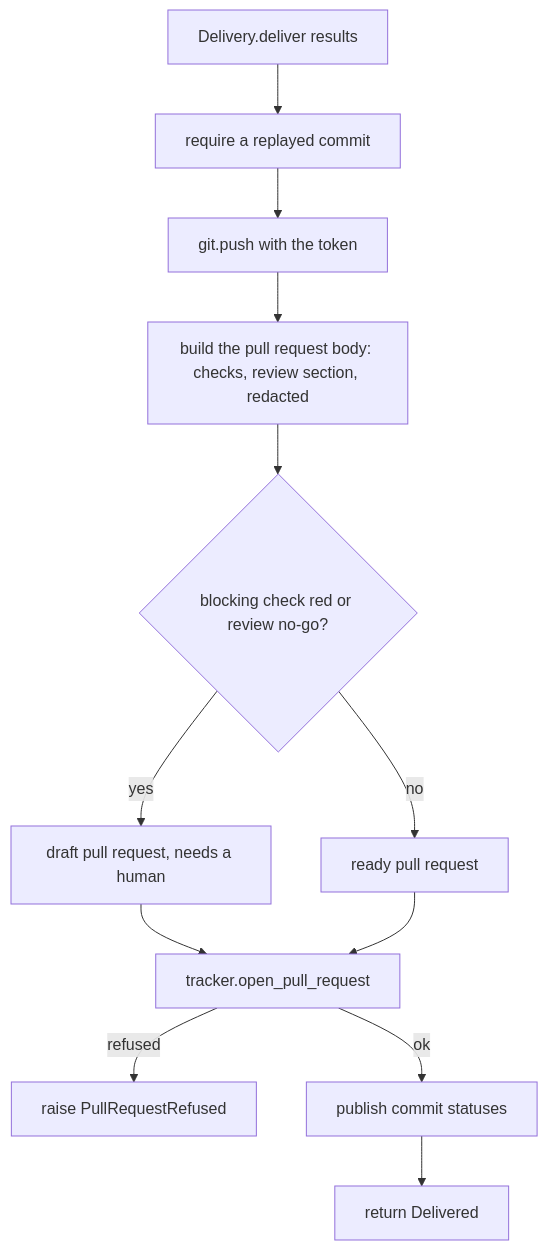
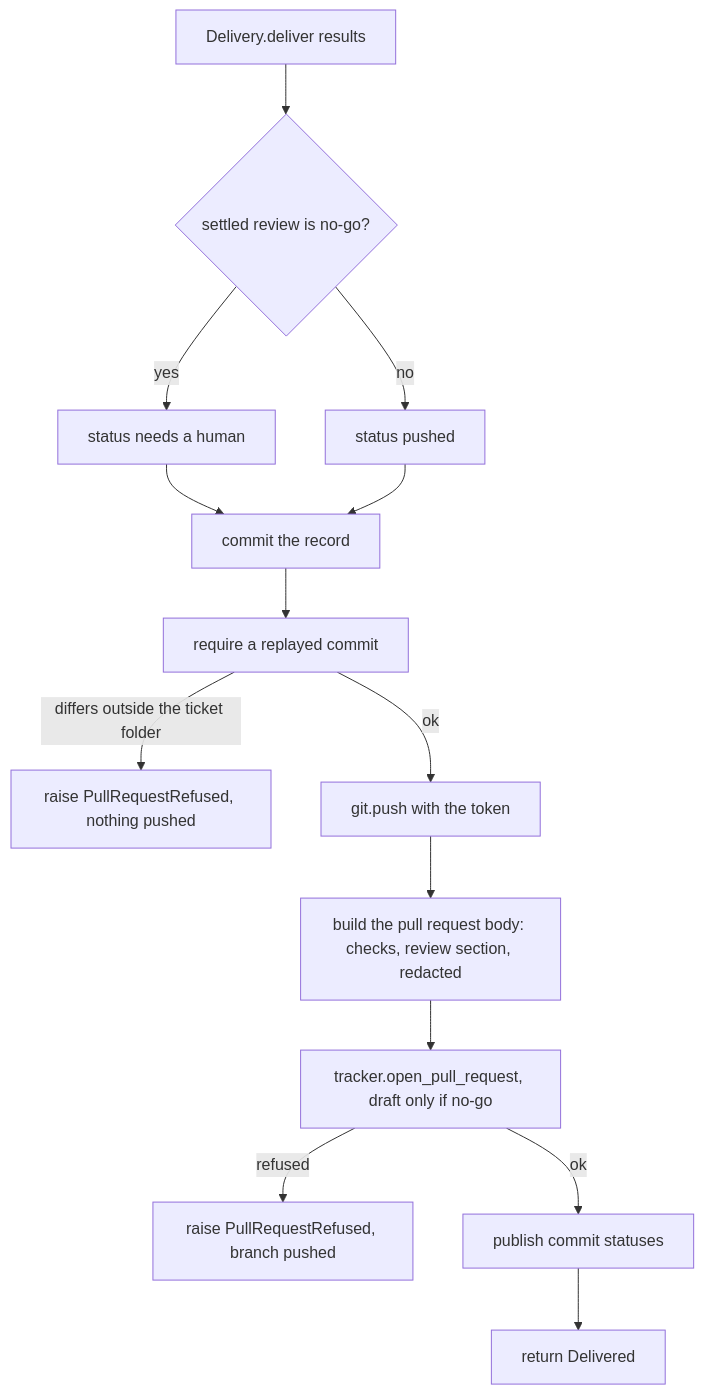
Before and after one commit to plaplanche/ariane: the first of 3 diagrams in docs/architecture/modules/delivery.md, drawn with Mermaid. The commit also changed other lines of this file and 3 other files, not shown here.

````diff
--- a/docs/architecture/modules/delivery.md
+++ b/docs/architecture/modules/delivery.md
@@ -22,14 +22,16 @@
 ```mermaid
 flowchart TD
-  A[Delivery.deliver results] --> B[require a replayed commit]
-  B --> C[git.push with the token]
+  A[Delivery.deliver results] --> E{settled review is no-go?}
+  E -- yes --> F[status needs a human]
+  E -- no --> G[status pushed]
+  F --> H[commit the record]
+  G --> H
+  H --> B[require a replayed commit]
+  B -- differs outside the ticket folder --> X[raise PullRequestRefused, nothing pushed]
+  B -- ok --> C[git.push with the token]
   C --> D[build the pull request body: checks, review section, redacted]
-  D --> E{blocking check red or review no-go?}
-  E -- yes --> F[draft pull request, needs a human]
-  E -- no --> G[ready pull request]
-  F --> H[tracker.open_pull_request]
-  G --> H
-  H -- refused --> X[raise PullRequestRefused]
-  H -- ok --> I[publish commit statuses]
+  D --> O[tracker.open_pull_request, draft only if no-go]
+  O -- refused --> X2[raise PullRequestRefused, branch pushed]
+  O -- ok --> I[publish commit statuses]
   I --> J[return Delivered]
 ```
````
